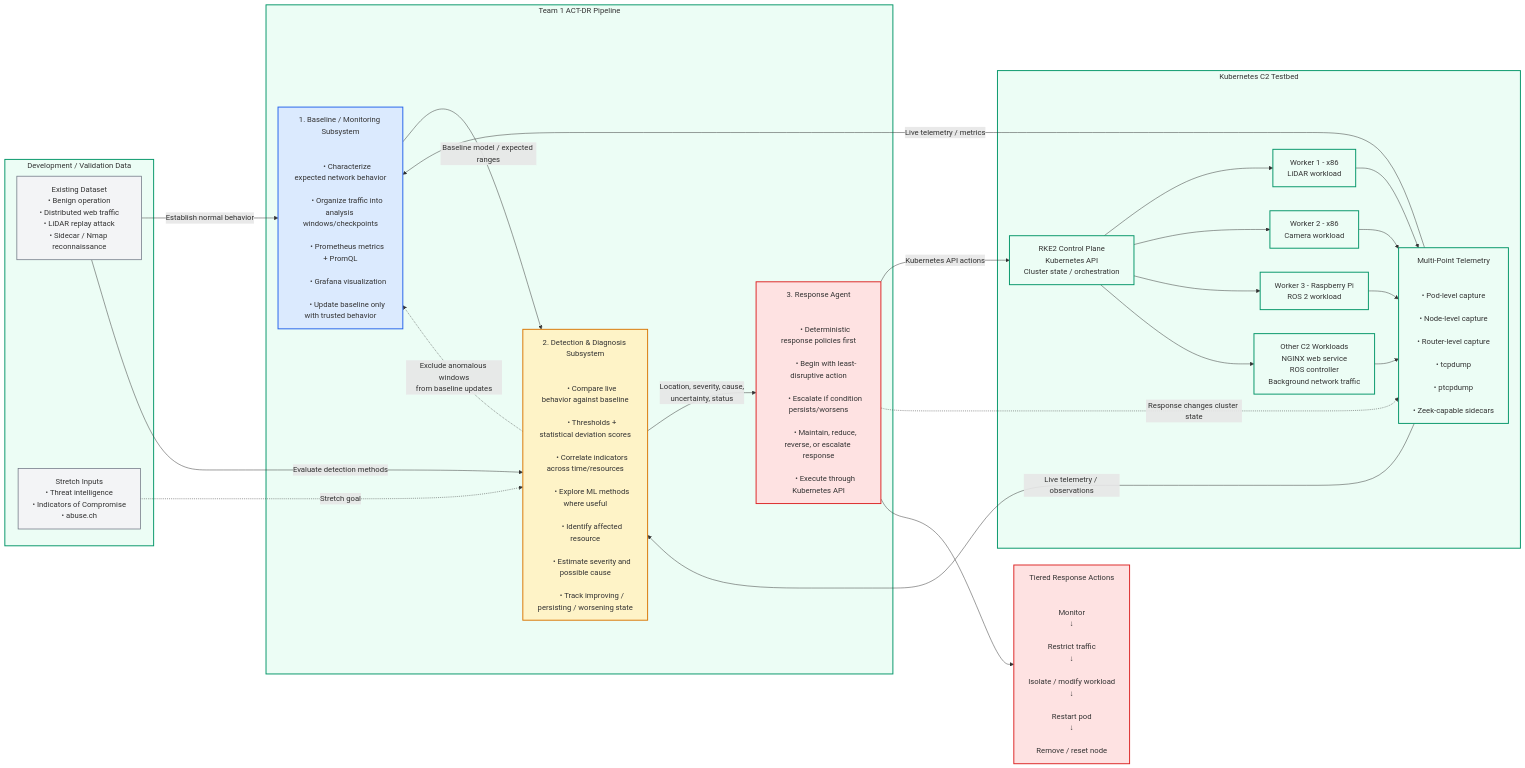
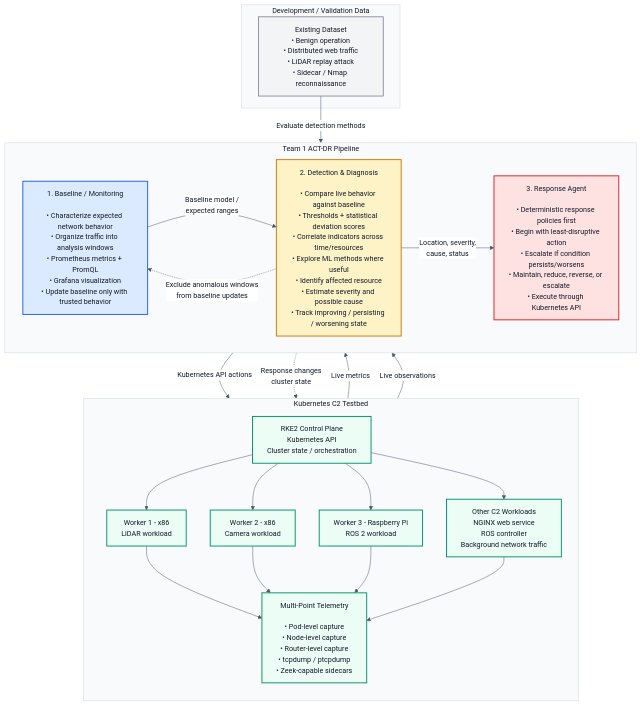
One commit to COStmau/RTCT1 changed the diagram in docs/act-dr-architecture.md. Above: the diagram before and after it, drawn with Mermaid. The commit also changed other lines of this file, not shown here.

Commit message:
docs: fix diagram legibility, trim response/data nodes
- flowchart TB instead of LR: viewBox 3199px -> 1353px, so GitHub scales
  0.32x -> 0.75x instead of shrinking 16px text to ~5px
- pin theme base + themeVariables and set color: on every classDef, so
  label text no longer inherits GitHub's dark-mode colour and clashes
  with the light box fills (all 50 labels now pass WCAG AA in both modes)
- rename classDef cluster -> k8snode: 'cluster' is reserved by Mermaid for
  subgraph boxes and was silently repainting every subgraph green
- remove Tiered Response Actions and Stretch Inputs (D2)
- baseline is now fed only by cluster telemetry; the dataset feeds the
  detector only

````diff
--- a/docs/act-dr-architecture.md
+++ b/docs/act-dr-architecture.md
@@ -5,121 +5,49 @@
 ```mermaid
-flowchart LR
+%%{init: {"theme": "base", "themeVariables": {"fontFamily": "-apple-system,BlinkMacSystemFont,Segoe UI,Helvetica,Arial,sans-serif", "fontSize": "15px", "primaryTextColor": "#111827", "secondaryTextColor": "#111827", "tertiaryTextColor": "#111827", "lineColor": "#475569", "edgeLabelBackground": "#ffffff", "clusterBkg": "#f8fafc", "clusterBorder": "#cbd5e1"}}}%%
+flowchart TB
 
-    %% =========================
-    %% DEVELOPMENT / TEST DATA
-    %% =========================
+    subgraph K8S["Kubernetes C2 Testbed"]
+        direction TB
+        CP["RKE2 Control Plane<br/>Kubernetes API<br/>Cluster state / orchestration"]
+        CP --> W1["Worker 1 - x86<br/>LiDAR workload"]
+        CP --> W2["Worker 2 - x86<br/>Camera workload"]
+        CP --> W3["Worker 3 - Raspberry Pi<br/>ROS 2 workload"]
+        CP --> OT["Other C2 Workloads<br/>NGINX web service<br/>ROS controller<br/>Background network traffic"]
+        W1 --> TEL["Multi-Point Telemetry<br/><br/>• Pod-level capture<br/>• Node-level capture<br/>• Router-level capture<br/>• tcpdump / ptcpdump<br/>• Zeek-capable sidecars"]
+        W2 --> TEL
+        W3 --> TEL
+        OT --> TEL
+    end
+
+    subgraph PIPE["Team 1 ACT-DR Pipeline"]
+        direction LR
+        B["1. Baseline / Monitoring<br/><br/>• Characterize expected network behavior<br/>• Organize traffic into analysis windows<br/>• Prometheus metrics + PromQL<br/>• Grafana visualization<br/>• Update baseline only with trusted behavior"]
+        DD["2. Detection & Diagnosis<br/><br/>• Compare live behavior against baseline<br/>• Thresholds + statistical deviation scores<br/>• Correlate indicators across time/resources<br/>• Explore ML methods where useful<br/>• Identify affected resource<br/>• Estimate severity and possible cause<br/>• Track improving / persisting / worsening state"]
+        R["3. Response Agent<br/><br/>• Deterministic response policies first<br/>• Begin with least-disruptive action<br/>• Escalate if condition persists/worsens<br/>• Maintain, reduce, reverse, or escalate<br/>• Execute through Kubernetes API"]
+        B -->|"Baseline model /<br/>expected ranges"| DD
+        DD -->|"Location, severity,<br/>cause, status"| R
+    end
+
     subgraph DATA["Development / Validation Data"]
         D1["Existing Dataset<br/>• Benign operation<br/>• Distributed web traffic<br/>• LiDAR replay attack<br/>• Sidecar / Nmap reconnaissance"]
-
-        D2["Stretch Inputs<br/>• Threat intelligence<br/>• Indicators of Compromise<br/>• abuse.ch"]
     end
 
-    %% =========================
-    %% ACT-DR PIPELINE
-    %% =========================
-    subgraph PIPE["Team 1 ACT-DR Pipeline"]
-
-        B["1. Baseline / Monitoring Subsystem<br/><br/>
-        • Characterize expected network behavior<br/>
-        • Organize traffic into analysis windows/checkpoints<br/>
-        • Prometheus metrics + PromQL<br/>
-        • Grafana visualization<br/>
-        • Update baseline only with trusted behavior"]
-
-        DD["2. Detection & Diagnosis Subsystem<br/><br/>
-        • Compare live behavior against baseline<br/>
-        • Thresholds + statistical deviation scores<br/>
-        • Correlate indicators across time/resources<br/>
-        • Explore ML methods where useful<br/>
-        • Identify affected resource<br/>
-        • Estimate severity and possible cause<br/>
-        • Track improving / persisting / worsening state"]
-
-        R["3. Response Agent<br/><br/>
-        • Deterministic response policies first<br/>
-        • Begin with least-disruptive action<br/>
-        • Escalate if condition persists/worsens<br/>
-        • Maintain, reduce, reverse, or escalate response<br/>
-        • Execute through Kubernetes API"]
-
-        B -->|"Baseline model / expected ranges"| DD
-        DD -->|"Location, severity, cause,<br/>uncertainty, status"| R
-    end
-
-    %% =========================
-    %% KUBERNETES TESTBED
-    %% =========================
-    subgraph K8S["Kubernetes C2 Testbed"]
-
-        CP["RKE2 Control Plane<br/>Kubernetes API<br/>Cluster state / orchestration"]
-
-        W1["Worker 1 - x86<br/>LiDAR workload"]
-        W2["Worker 2 - x86<br/>Camera workload"]
-        W3["Worker 3 - Raspberry Pi<br/>ROS 2 workload"]
-
-        OTHER["Other C2 Workloads<br/>NGINX web service<br/>ROS controller<br/>Background network traffic"]
-
-        TEL["Multi-Point Telemetry<br/><br/>
-        • Pod-level capture<br/>
-        • Node-level capture<br/>
-        • Router-level capture<br/>
-        • tcpdump<br/>
-        • ptcpdump<br/>
-        • Zeek-capable sidecars"]
-
-        CP --> W1
-        CP --> W2
-        CP --> W3
-        CP --> OTHER
-
-        W1 --> TEL
-        W2 --> TEL
-        W3 --> TEL
-        OTHER --> TEL
-    end
-
-    %% =========================
-    %% DATA FLOW
-    %% =========================
-    D1 -->|"Establish normal behavior"| B
     D1 -->|"Evaluate detection methods"| DD
-    D2 -.->|"Stretch goal"| DD
-
-    TEL -->|"Live telemetry / metrics"| B
-    TEL -->|"Live telemetry / observations"| DD
-
+    TEL -->|"Live metrics"| B
+    TEL -->|"Live observations"| DD
     R -->|"Kubernetes API actions"| CP
-
-    %% =========================
-    %% RESPONSE FEEDBACK
-    %% =========================
-    R -.->|"Response changes cluster state"| TEL
+    R -.->|"Response changes<br/>cluster state"| TEL
     DD -.->|"Exclude anomalous windows<br/>from baseline updates"| B
 
-    %% =========================
-    %% RESPONSE TYPES
-    %% =========================
-    RESP["Tiered Response Actions<br/><br/>
-    Monitor<br/>↓<br/>
-    Restrict traffic<br/>↓<br/>
-    Isolate / modify workload<br/>↓<br/>
-    Restart pod<br/>↓<br/>
-    Remove / reset node"]
-
-    R --> RESP
-
-    %% =========================
-    %% STYLING
-    %% =========================
-    classDef baseline fill:#dbeafe,stroke:#2563eb,stroke-width:2px;
-    classDef detection fill:#fef3c7,stroke:#d97706,stroke-width:2px;
-    classDef response fill:#fee2e2,stroke:#dc2626,stroke-width:2px;
-    classDef cluster fill:#ecfdf5,stroke:#059669,stroke-width:2px;
-    classDef data fill:#f3f4f6,stroke:#6b7280,stroke-width:1.5px;
+    classDef baseline fill:#dbeafe,stroke:#2563eb,color:#111827,stroke-width:2px;
+    classDef detection fill:#fef3c7,stroke:#d97706,color:#111827,stroke-width:2px;
+    classDef response fill:#fee2e2,stroke:#dc2626,color:#111827,stroke-width:2px;
+    classDef k8snode fill:#ecfdf5,stroke:#059669,color:#111827,stroke-width:2px;
+    classDef data fill:#f3f4f6,stroke:#6b7280,color:#111827,stroke-width:1.5px;
 
     class B baseline;
     class DD detection;
-    class R,RESP response;
-    class CP,W1,W2,W3,OTHER,TEL cluster;
-    class D1,D2 data;
+    class R response;
+    class CP,W1,W2,W3,OT,TEL k8snode;
+    class D1 data;
 ```
````
